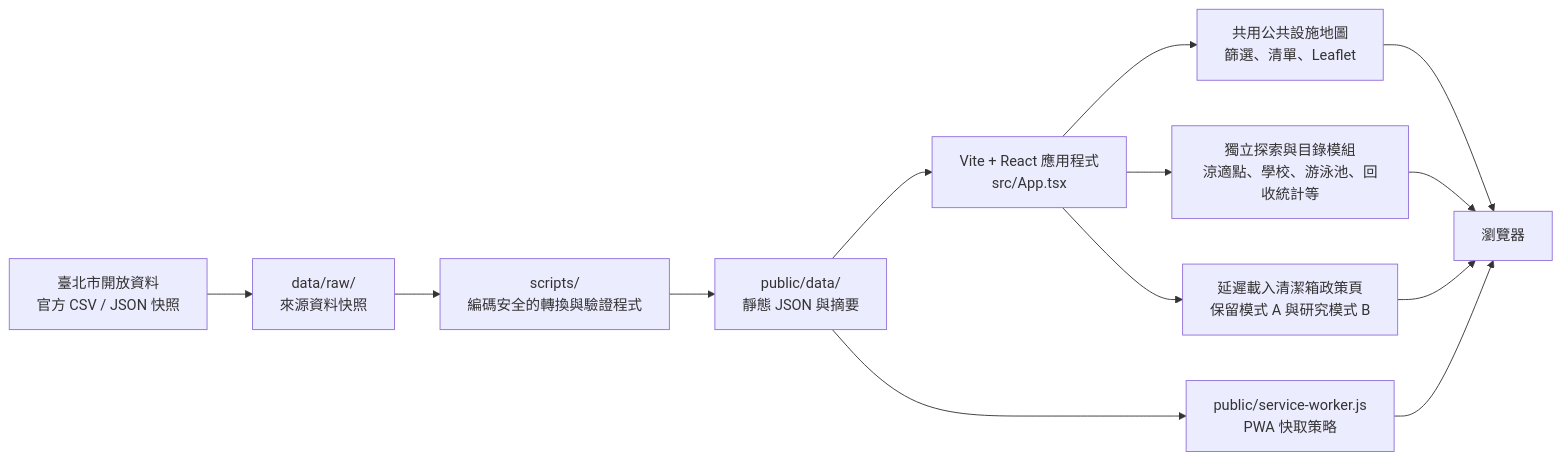
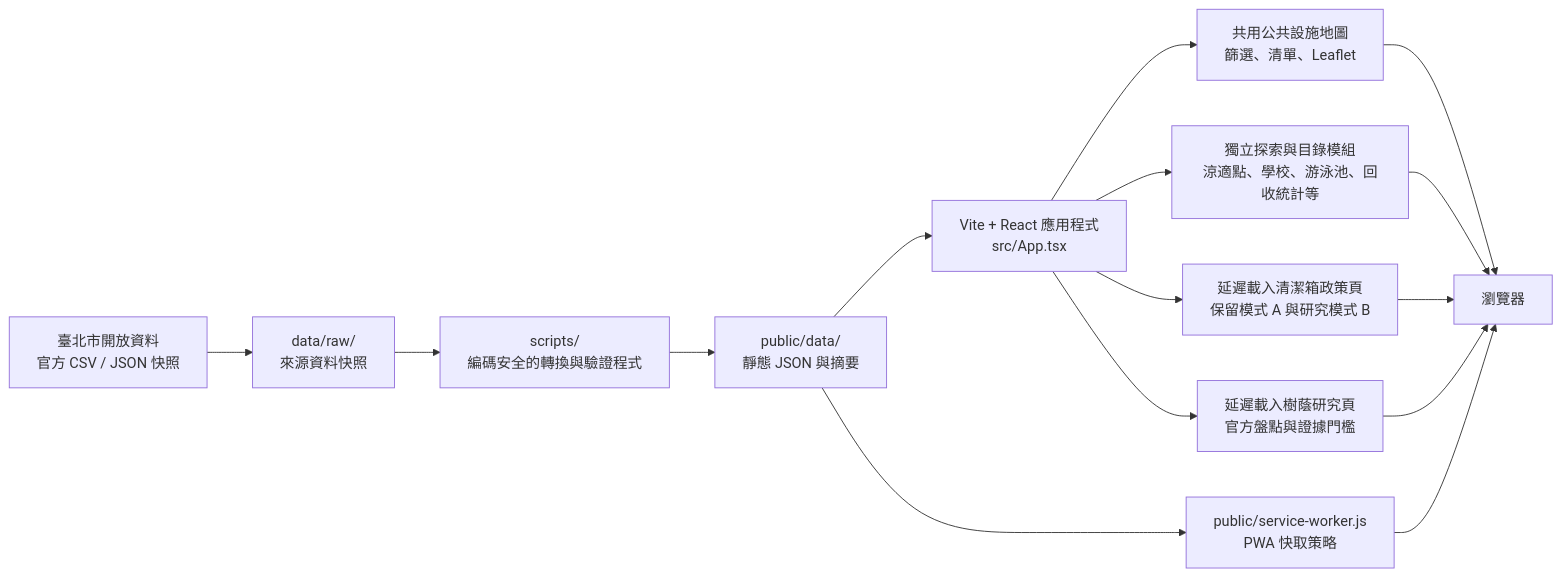
Before and after one commit to LEO0331/taipei-bin-map: the diagram in README.zh-Hant.md, drawn with Mermaid. The commit also changed other lines of this file and 88 other files, not shown here.

````diff
--- a/README.zh-Hant.md
+++ b/README.zh-Hant.md
@@ -19,17 +19,19 @@
 ```mermaid
 flowchart LR
   O["臺北市開放資料<br/>官方 CSV / JSON 快照"] --> R["data/raw/<br/>來源資料快照"]
   R --> C["scripts/<br/>編碼安全的轉換與驗證程式"]
   C --> P["public/data/<br/>靜態 JSON 與摘要"]
 
   P --> A["Vite + React 應用程式<br/>src/App.tsx"]
   A --> M["共用公共設施地圖<br/>篩選、清單、Leaflet"]
   A --> D["獨立探索與目錄模組<br/>涼適點、學校、游泳池、回收統計等"]
   A --> Q["延遲載入清潔箱政策頁<br/>保留模式 A 與研究模式 B"]
+  A --> H["延遲載入樹蔭研究頁<br/>官方盤點與證據門檻"]
   M --> B["瀏覽器"]
   D --> B
   Q --> B
+  H --> B
 
   S["public/service-worker.js<br/>PWA 快取策略"] --> B
   P --> S
 ```
````
